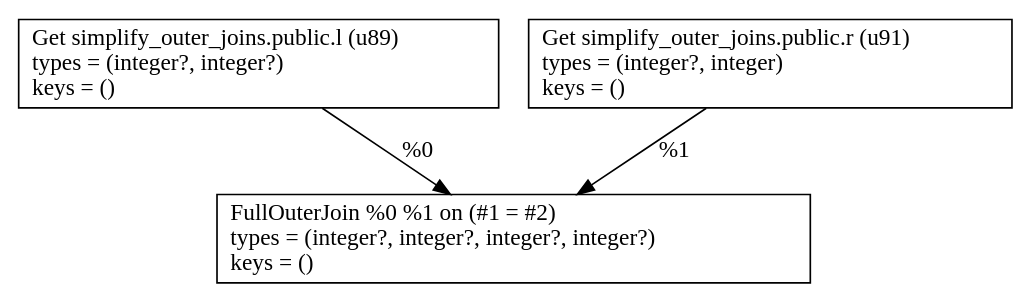
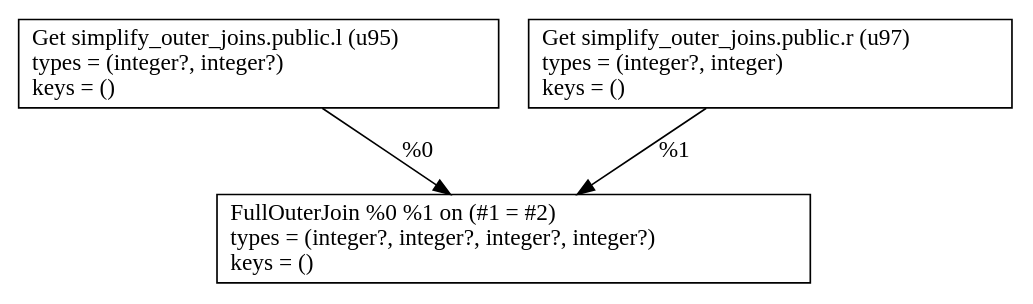
The diagram in simplify_outer_joins/ce955f6f/typed-raw-plan.dot (aalexandrov/mzt-repos), drawn with Graphviz before and after one commit. The commit also changed 848 other files, not shown here.

Commit message:
simplify_outer_joins (v3)

```diff
--- a/simplify_outer_joins/ce955f6f/typed-raw-plan.dot
+++ b/simplify_outer_joins/ce955f6f/typed-raw-plan.dot
@@ -1,7 +1,7 @@
 digraph G {
-    node0 [shape = record, label=" Get simplify_outer_joins.public.l (u89)\l  types = (integer?, integer?)\l  keys = ()\l"]
-    node1 [shape = record, label=" Get simplify_outer_joins.public.r (u91)\l  types = (integer?, integer)\l  keys = ()\l"]
+    node0 [shape = record, label=" Get simplify_outer_joins.public.l (u95)\l  types = (integer?, integer?)\l  keys = ()\l"]
+    node1 [shape = record, label=" Get simplify_outer_joins.public.r (u97)\l  types = (integer?, integer)\l  keys = ()\l"]
     node2 [shape = record, label=" FullOuterJoin %0 %1 on (#1 = #2)\l  types = (integer?, integer?, integer?, integer?)\l  keys = ()\l"]
     node0 -> node2 [label = "%0\l"]
     node1 -> node2 [label = "%1\l"]
 }
```
